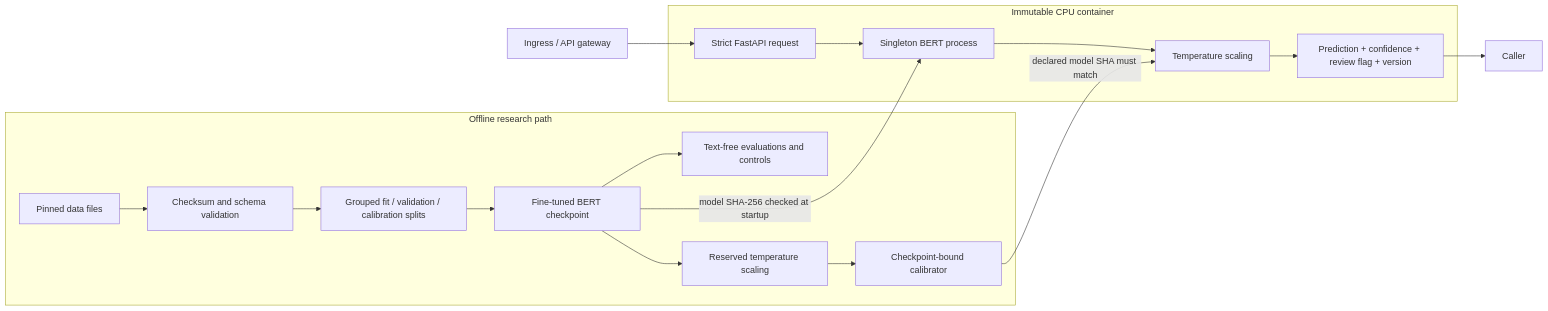
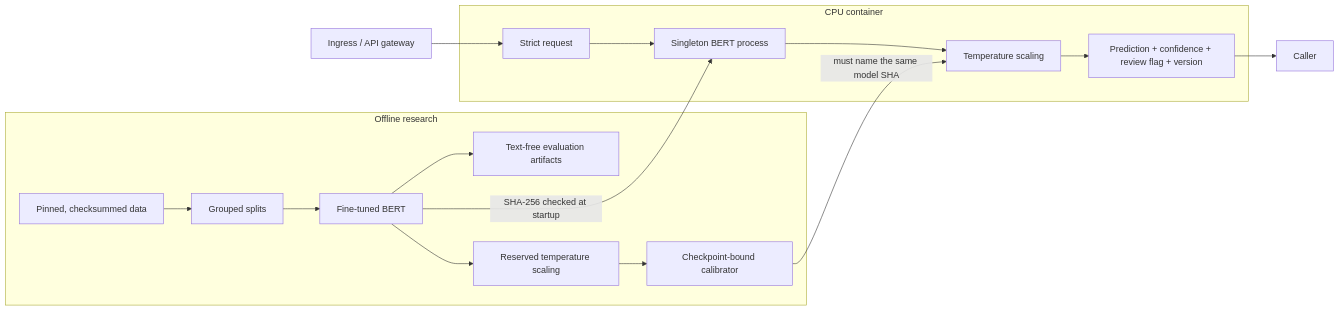
One commit to newrohansinha/claim-detector changed the second of 2 diagrams in README.md. Above: the diagram before and after it, drawn with Mermaid. The commit also changed other lines of this file, not shown here.

````diff
--- a/README.md
+++ b/README.md
@@ -314,22 +255,21 @@
 ```mermaid
 flowchart LR
-  subgraph Offline[Offline research path]
-    A[Pinned data files] --> B[Checksum and schema validation]
-    B --> C[Grouped fit / validation / calibration splits]
-    C --> D[Fine-tuned BERT checkpoint]
-    D --> E[Text-free evaluations and controls]
-    D --> F[Reserved temperature scaling]
-    F --> G[Checkpoint-bound calibrator]
+  subgraph Offline[Offline research]
+    A[Pinned, checksummed data] --> B[Grouped splits]
+    B --> C[Fine-tuned BERT]
+    C --> D[Text-free evaluation artifacts]
+    C --> E[Reserved temperature scaling]
+    E --> F[Checkpoint-bound calibrator]
   end
 
-  subgraph Image[Immutable CPU container]
-    H[Strict FastAPI request] --> I[Singleton BERT process]
-    I --> J[Temperature scaling]
-    J --> K[Prediction + confidence + review flag + version]
+  subgraph Runtime[CPU container]
+    G[Strict request] --> H[Singleton BERT process]
+    H --> I[Temperature scaling]
+    I --> J[Prediction + confidence + review flag + version]
   end
 
-  D -->|model SHA-256 checked at startup| I
-  G -->|declared model SHA must match| J
-  L[Ingress / API gateway] --> H
-  K --> M[Caller]
+  C -->|SHA-256 checked at startup| H
+  F -->|must name the same model SHA| I
+  K[Ingress / API gateway] --> G
+  J --> L[Caller]
 ```
````
